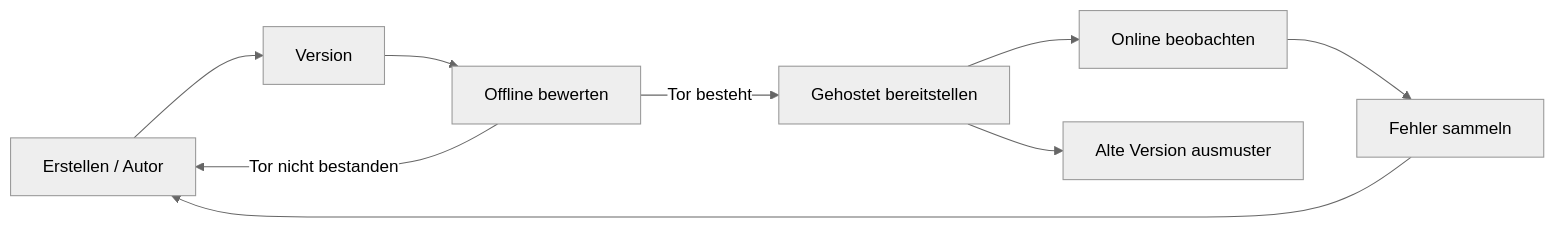
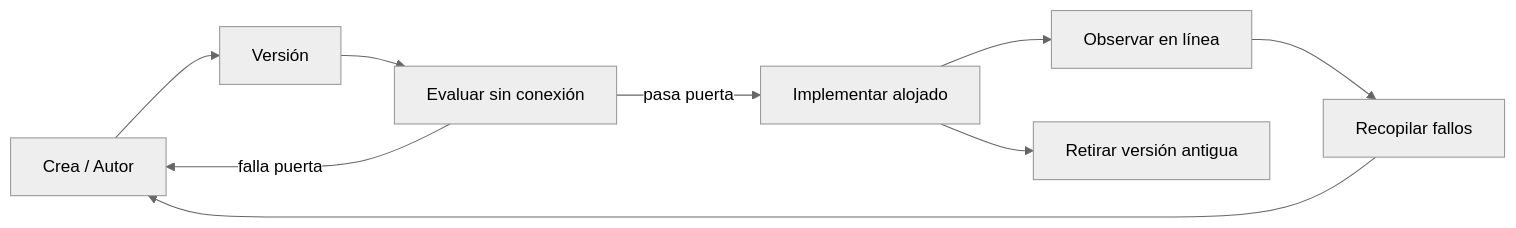
The second of 4 diagrams in mirrors/repos/microsoft@ai-agents-for-beginners/translations/en/16-deploying-scalable-agents/README.md (gabrielmoreira/agent-skills-mirror), drawn with Mermaid (neutral theme) before and after one commit. The commit also changed other lines of this file and 4262 other files, not shown here.

````diff
--- a/mirrors/repos/microsoft@ai-agents-for-beginners/translations/en/16-deploying-scalable-agents/README.md
+++ b/mirrors/repos/microsoft@ai-agents-for-beginners/translations/en/16-deploying-scalable-agents/README.md
@@ -108,11 +108,11 @@
 ```mermaid
 flowchart LR
-    Create[Erstellen / Autor] --> Version[Version]
-    Version --> Evaluate[Offline bewerten]
-    Evaluate -->|Tor besteht| Deploy[Gehostet bereitstellen]
-    Evaluate -->|Tor nicht bestanden| Create
-    Deploy --> Observe[Online beobachten]
-    Observe --> Improve[Fehler sammeln]
+    Create[Crea / Autor] --> Version[Versión]
+    Version --> Evaluate[Evaluar sin conexión]
+    Evaluate -->|pasa puerta| Deploy[Implementar alojado]
+    Evaluate -->|falla puerta| Create
+    Deploy --> Observe[Observar en línea]
+    Observe --> Improve[Recopilar fallos]
     Improve --> Create
-    Deploy --> Retire[Alte Version ausmuster]
+    Deploy --> Retire[Retirar versión antigua]
 ```
````
